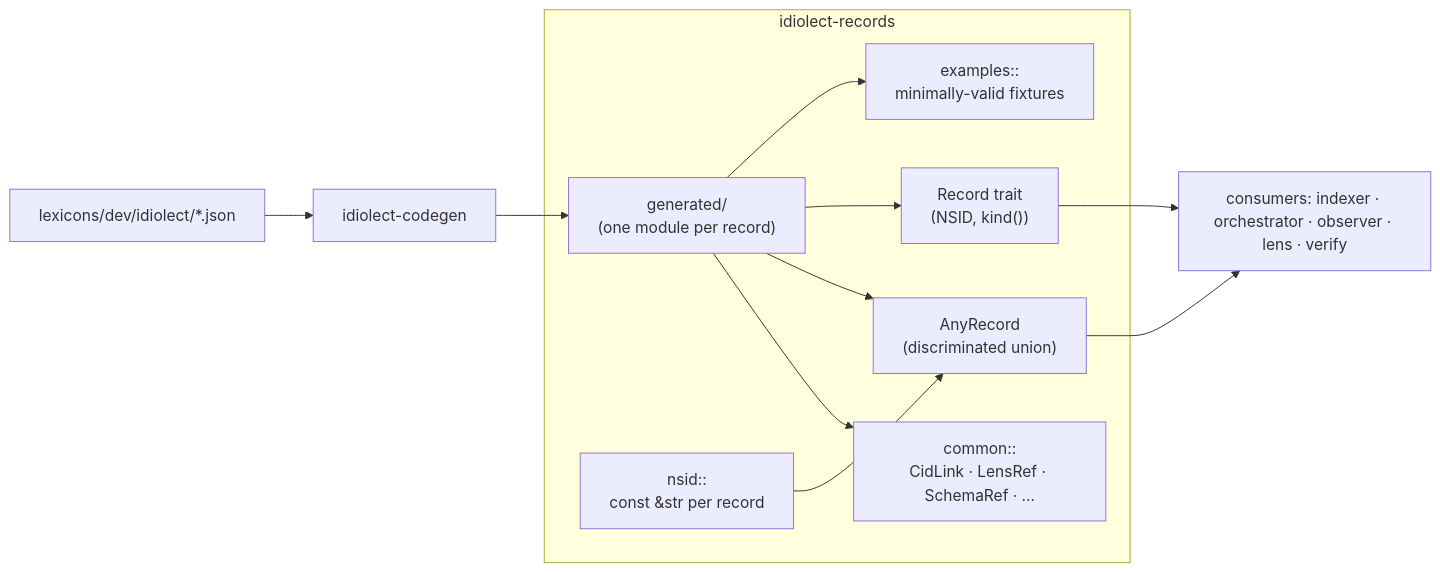
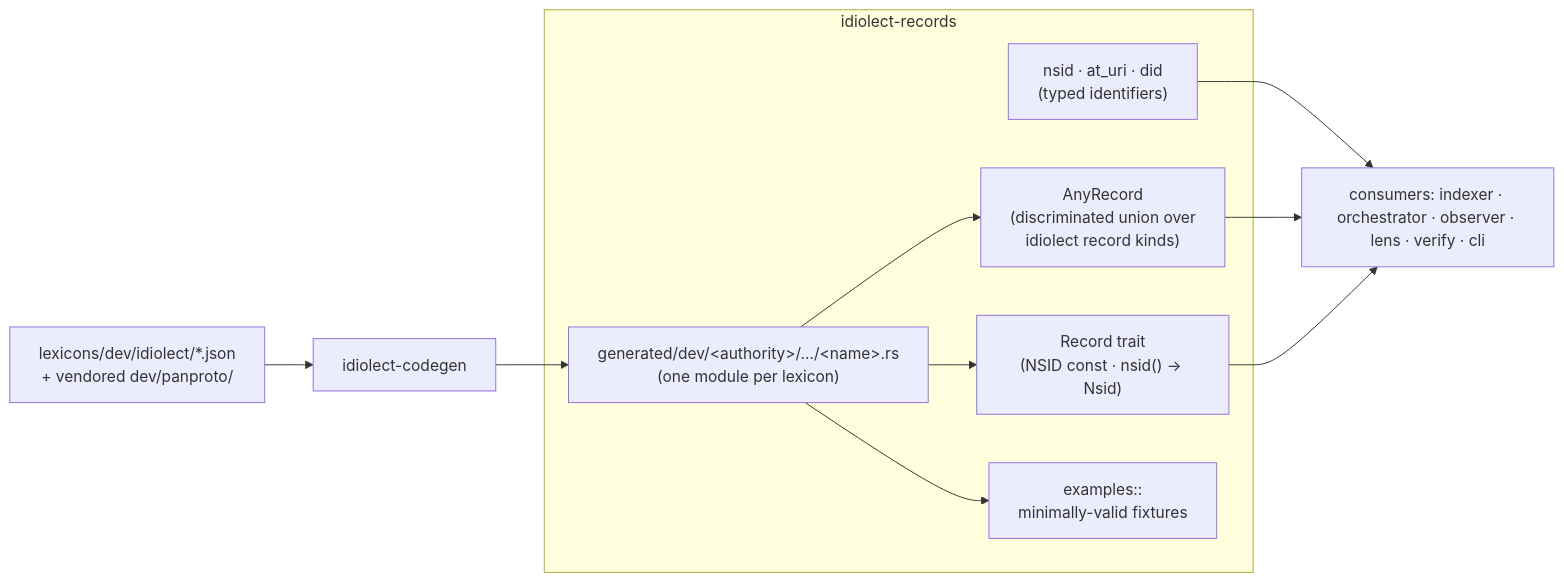
Before and after one commit to idiolect-dev/idiolect: the diagram in crates/idiolect-records/README.md, drawn with Mermaid. The commit also changed other lines of this file and 13 other files, not shown here.

````diff
--- a/crates/idiolect-records/README.md
+++ b/crates/idiolect-records/README.md
@@ -17,25 +22,23 @@
 ```mermaid
 flowchart LR
-    LEX["lexicons/dev/idiolect/*.json"]
+    LEX["lexicons/dev/idiolect/*.json<br/>+ vendored dev/panproto/"]
     CG["idiolect-codegen"]
 
     subgraph crate["idiolect-records"]
-        GEN["generated/<br/>(one module per record)"]
-        COMMON["common::<br/>CidLink · LensRef · SchemaRef · …"]
-        NSID["nsid::<br/>const &str per record"]
-        ANY["AnyRecord<br/>(discriminated union)"]
-        TRAIT["Record trait<br/>(NSID, kind())"]
+        TYPED["nsid · at_uri · did<br/>(typed identifiers)"]
+        GEN["generated/dev/&lt;authority&gt;/…/&lt;name&gt;.rs<br/>(one module per lexicon)"]
+        ANY["AnyRecord<br/>(discriminated union over<br/>idiolect record kinds)"]
+        TRAIT["Record trait<br/>(NSID const · nsid() -> Nsid)"]
         EX["examples::<br/>minimally-valid fixtures"]
     end
 
-    CONS["consumers: indexer · orchestrator · observer · lens · verify"]
+    CONS["consumers: indexer · orchestrator · observer · lens · verify · cli"]
 
     LEX --> CG --> GEN
-    GEN --> COMMON
+    GEN --> TRAIT
     GEN --> ANY
-    GEN --> TRAIT
     GEN --> EX
-    NSID --> ANY
+    TYPED --> CONS
     ANY --> CONS
     TRAIT --> CONS
 ```
````
